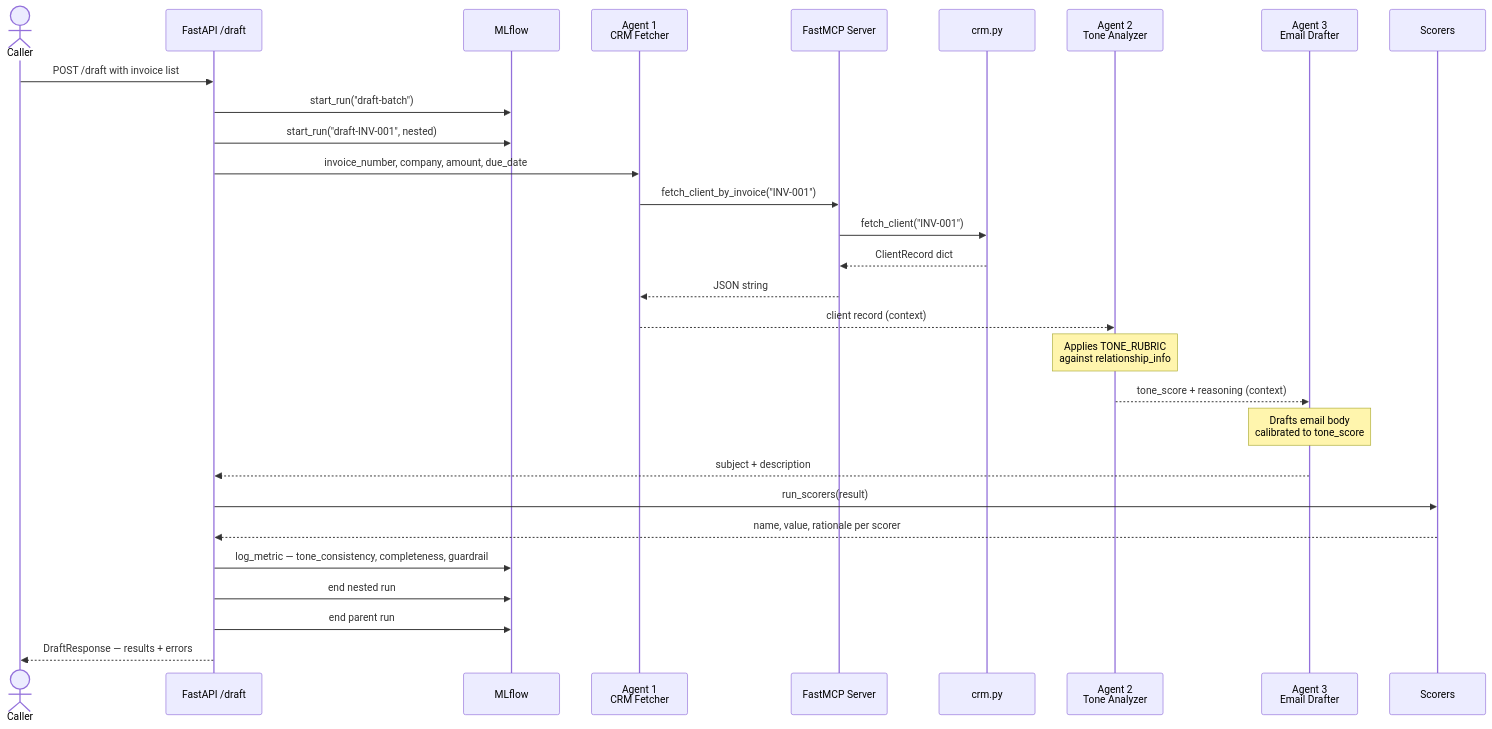
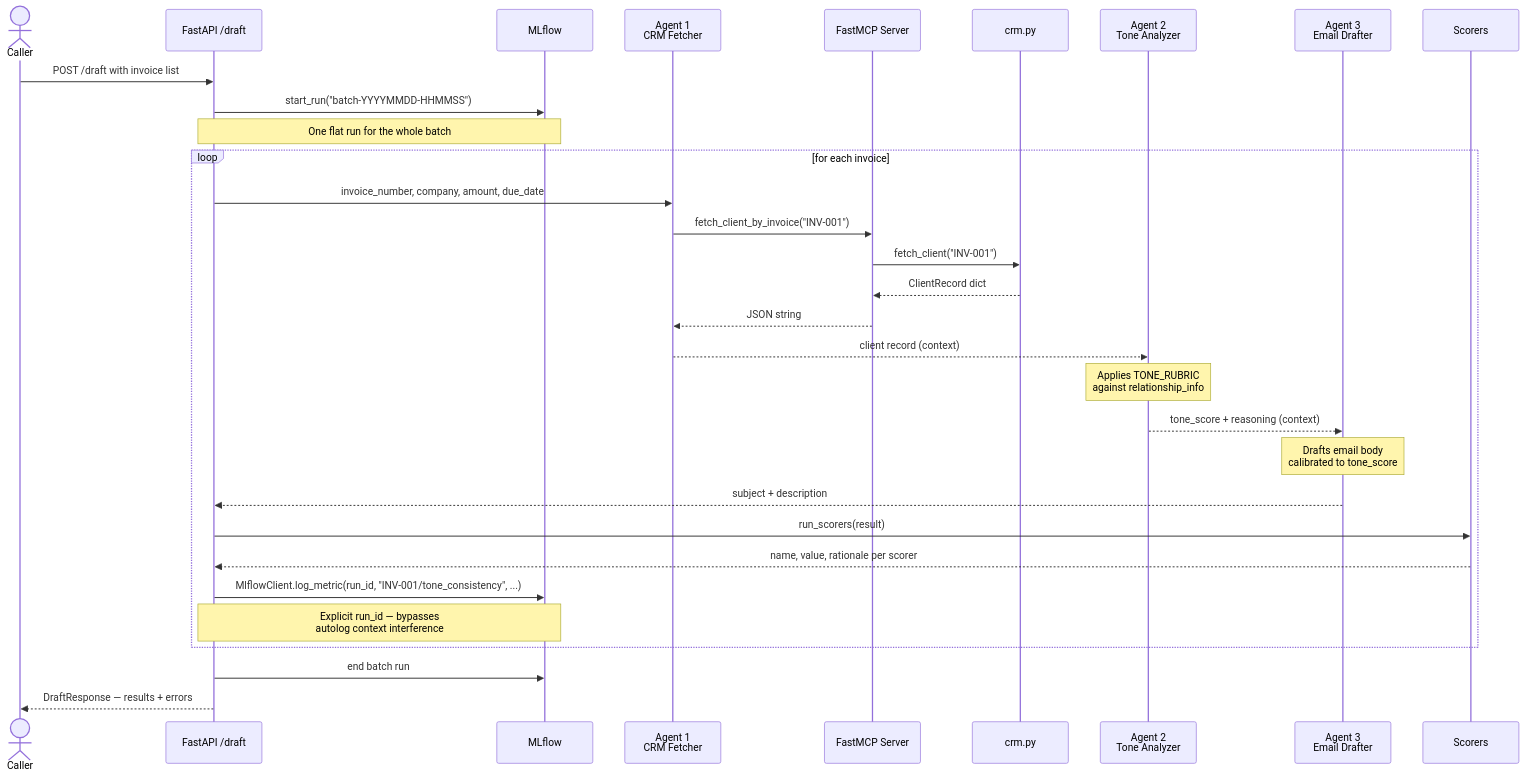
The fifth of 9 diagrams in DESIGN.md (Avii3301/cashCollection-A2A), drawn with Mermaid before and after one commit. The commit also changed other lines of this file and 12 other files, not shown here.

First line of the commit message:
Modularise app, add Scalar UI, flat MLflow runs, Makefile

````diff
--- a/DESIGN.md
+++ b/DESIGN.md
@@ -246,37 +258,39 @@
 ```mermaid
 sequenceDiagram
     actor Caller
     participant API as FastAPI /draft
     participant MLf as MLflow
     participant A1 as Agent 1<br/>CRM Fetcher
     participant MCP as FastMCP Server
     participant CRM as crm.py
     participant A2 as Agent 2<br/>Tone Analyzer
     participant A3 as Agent 3<br/>Email Drafter
     participant Eval as Scorers
 
     Caller->>API: POST /draft with invoice list
-    API->>MLf: start_run("draft-batch")
-    API->>MLf: start_run("draft-INV-001", nested)
+    API->>MLf: start_run("batch-YYYYMMDD-HHMMSS")
+    Note over API,MLf: One flat run for the whole batch
 
-    API->>A1: invoice_number, company, amount, due_date
-    A1->>MCP: fetch_client_by_invoice("INV-001")
-    MCP->>CRM: fetch_client("INV-001")
-    CRM-->>MCP: ClientRecord dict
-    MCP-->>A1: JSON string
+    loop for each invoice
+        API->>A1: invoice_number, company, amount, due_date
+        A1->>MCP: fetch_client_by_invoice("INV-001")
+        MCP->>CRM: fetch_client("INV-001")
+        CRM-->>MCP: ClientRecord dict
+        MCP-->>A1: JSON string
 
-    A1-->>A2: client record (context)
-    Note over A2: Applies TONE_RUBRIC<br/>against relationship_info
-    A2-->>A3: tone_score + reasoning (context)
+        A1-->>A2: client record (context)
+        Note over A2: Applies TONE_RUBRIC<br/>against relationship_info
+        A2-->>A3: tone_score + reasoning (context)
 
-    Note over A3: Drafts email body<br/>calibrated to tone_score
-    A3-->>API: subject + description
+        Note over A3: Drafts email body<br/>calibrated to tone_score
+        A3-->>API: subject + description
 
-    API->>Eval: run_scorers(result)
-    Eval-->>API: name, value, rationale per scorer
-    API->>MLf: log_metric — tone_consistency, completeness, guardrail
-    API->>MLf: end nested run
-    API->>MLf: end parent run
+        API->>Eval: run_scorers(result)
+        Eval-->>API: name, value, rationale per scorer
+        API->>MLf: MlflowClient.log_metric(run_id, "INV-001/tone_consistency", ...)
+        Note over API,MLf: Explicit run_id — bypasses<br/>autolog context interference
+    end
 
+    API->>MLf: end batch run
     API-->>Caller: DraftResponse — results + errors
 ```
````
